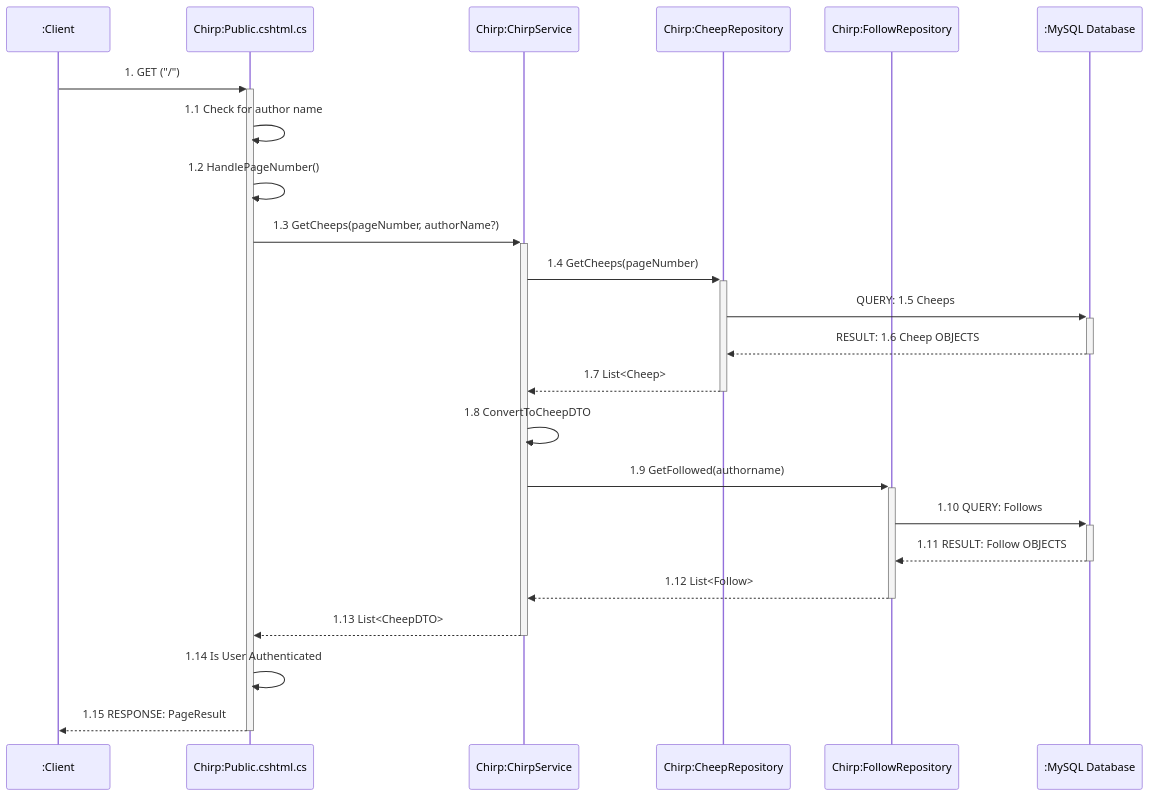
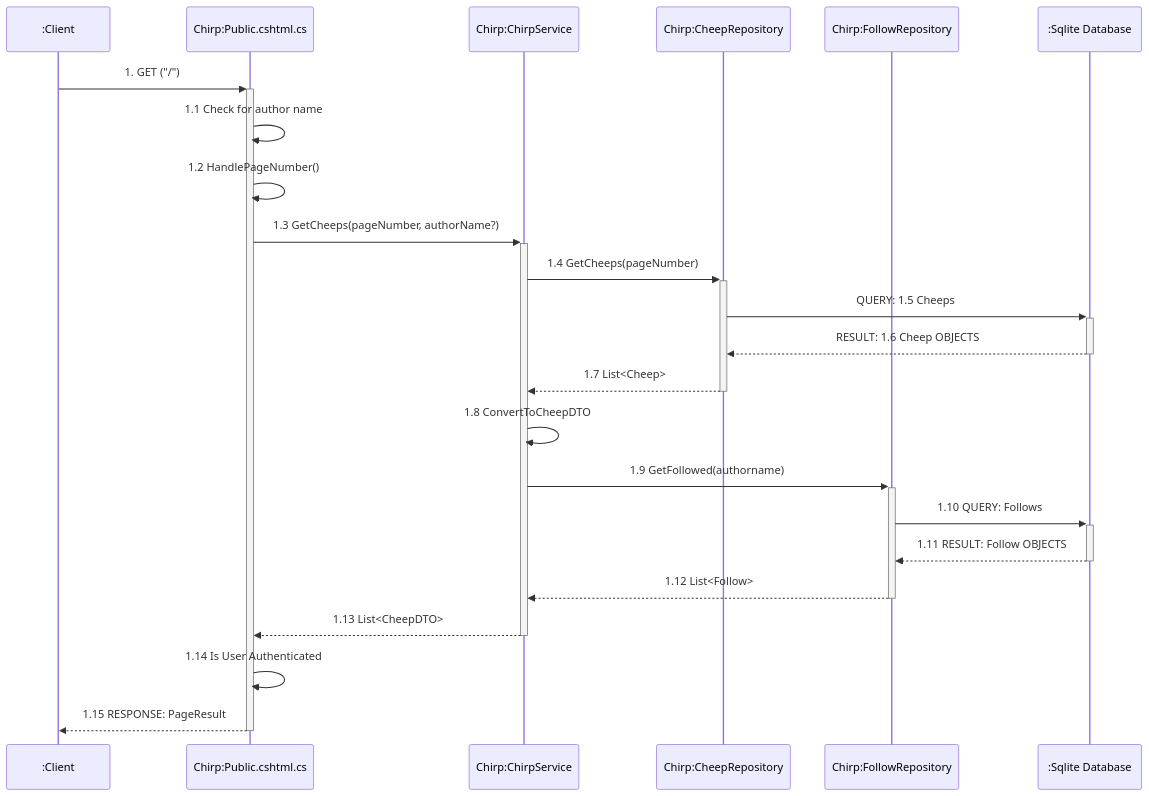
Before and after one commit to ITU-BDSA2024-GROUP15/Chirp: the first of 3 diagrams in docs/report.md, drawn with Mermaid. The commit also changed 2 other files, not shown here.

Commit message:
report: changes to sequence diagram

`````diff
--- a/docs/report.md
+++ b/docs/report.md
@@ -26,29 +26,29 @@
 ````mermaid
 sequenceDiagram
   participant Client as :Client
   participant Chirp as Chirp:Public.cshtml.cs
   participant ChirpService as Chirp:ChirpService
   participant cheepRepo as Chirp:CheepRepository
   participant followRepo as Chirp:FollowRepository
-  participant db as :MySQL Database
+  participant db as :Sqlite Database
 
 
 
   Client ->>+ Chirp: 1. GET ("/")
   Chirp ->> Chirp: 1.1 Check for author name
   Chirp ->> Chirp: 1.2 HandlePageNumber()
   Chirp ->>+ ChirpService: 1.3 GetCheeps(pageNumber, authorName?)
   ChirpService->>+cheepRepo: 1.4 GetCheeps(pageNumber)
   cheepRepo->>+db: QUERY: 1.5 Cheeps
   db-->>-cheepRepo: RESULT: 1.6 Cheep OBJECTS
   cheepRepo-->>-ChirpService: 1.7 List<Cheep>
   ChirpService ->> ChirpService: 1.8 ConvertToCheepDTO
   ChirpService->>+followRepo: 1.9 GetFollowed(authorname)
   followRepo->>+db: 1.10 QUERY: Follows
   db -->>- followRepo: 1.11 RESULT: Follow OBJECTS
   followRepo -->>-ChirpService: 1.12 List<Follow>
   ChirpService -->>- Chirp: 1.13 List<CheepDTO>
   Chirp ->> Chirp: 1.14 Is User Authenticated
   Chirp -->>- Client: 1.15 RESPONSE: PageResult
 
 ````
`````
